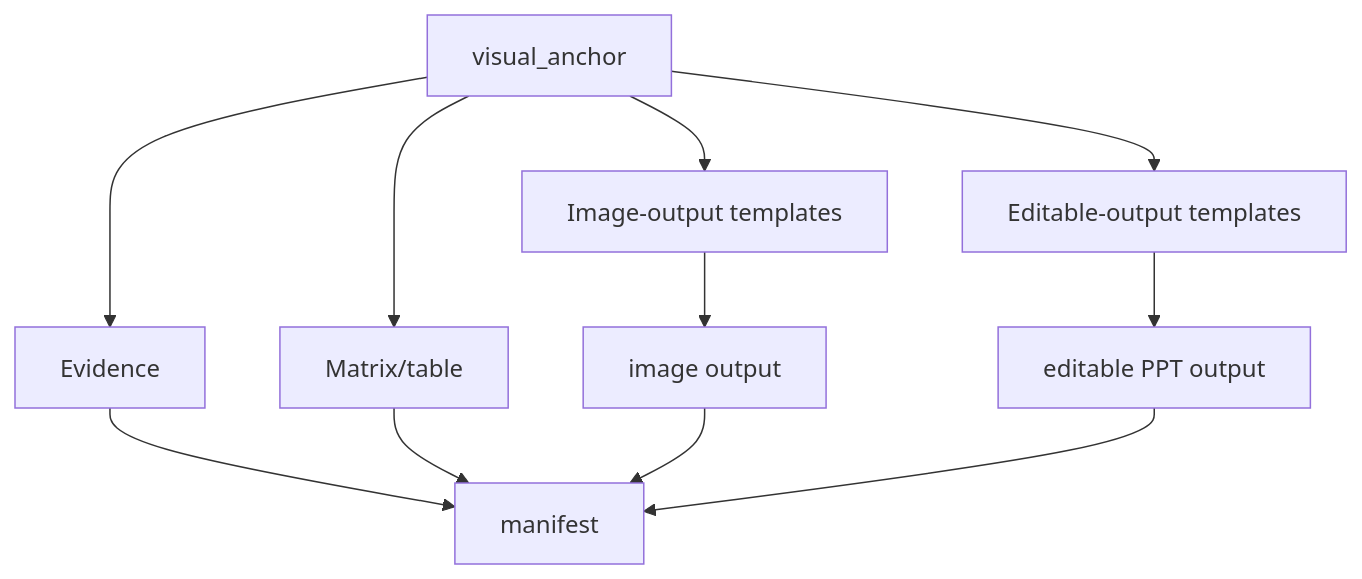
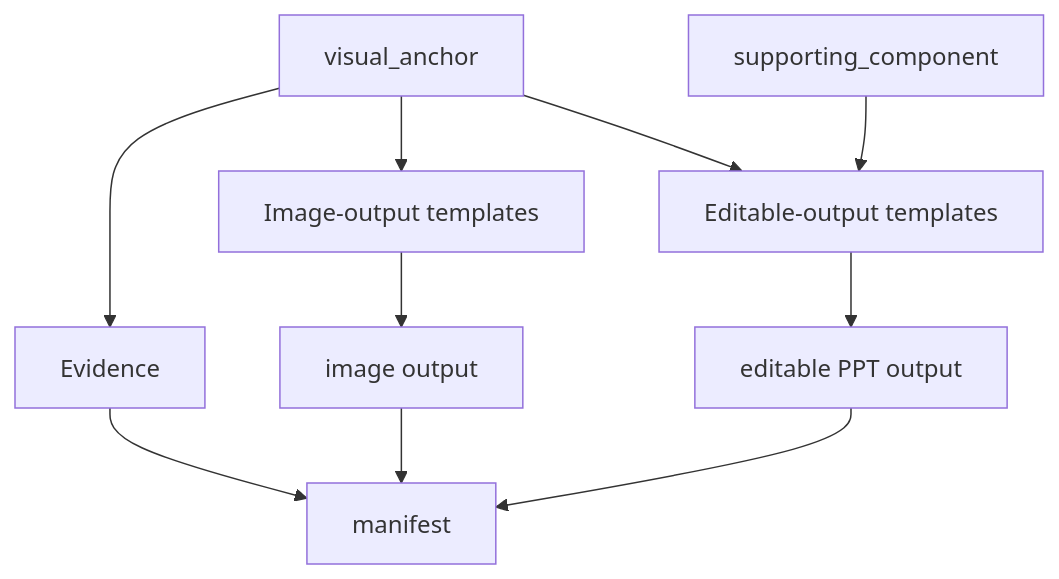
One commit to MozhiJiawei/hw-ppt-gen changed the third of 3 diagrams in docs/architecture_design.md. Above: the diagram before and after it, drawn with Mermaid. The commit also changed other lines of this file and 21 other files, not shown here.

````diff
--- a/docs/architecture_design.md
+++ b/docs/architecture_design.md
@@ -351,22 +358,21 @@
 ```mermaid
 flowchart TB
   Anchor["visual_anchor"]
   Evidence["Evidence"]
-  Table["Matrix/table"]
+  Support["supporting_component"]
   EditableTemplates["Editable-output templates"]
   ImageTemplates["Image-output templates"]
   ImageOutput["image output"]
   EditableOutput["editable PPT output"]
   Manifest["manifest"]
 
   Anchor --> Evidence
-  Anchor --> Table
   Anchor --> EditableTemplates
   Anchor --> ImageTemplates
+  Support --> EditableTemplates
   Evidence --> Manifest
-  Table --> Manifest
   EditableTemplates --> EditableOutput
   ImageTemplates --> ImageOutput
   ImageOutput --> Manifest
   EditableOutput --> Manifest
 ```
````
